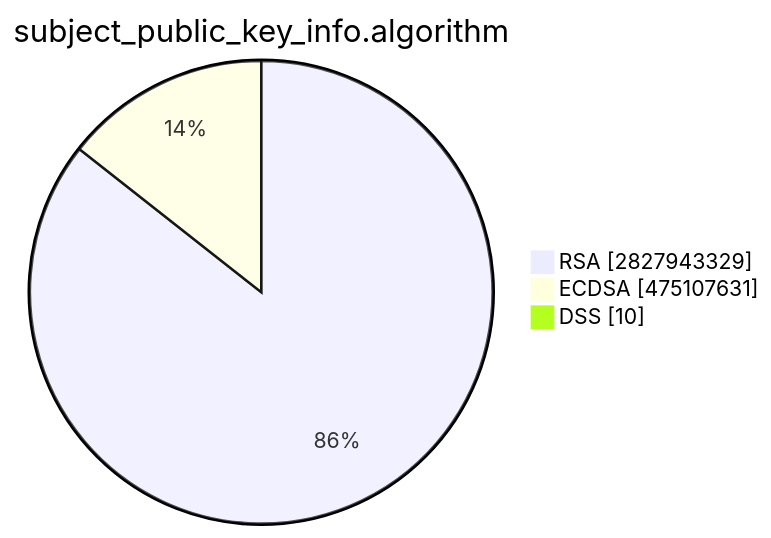
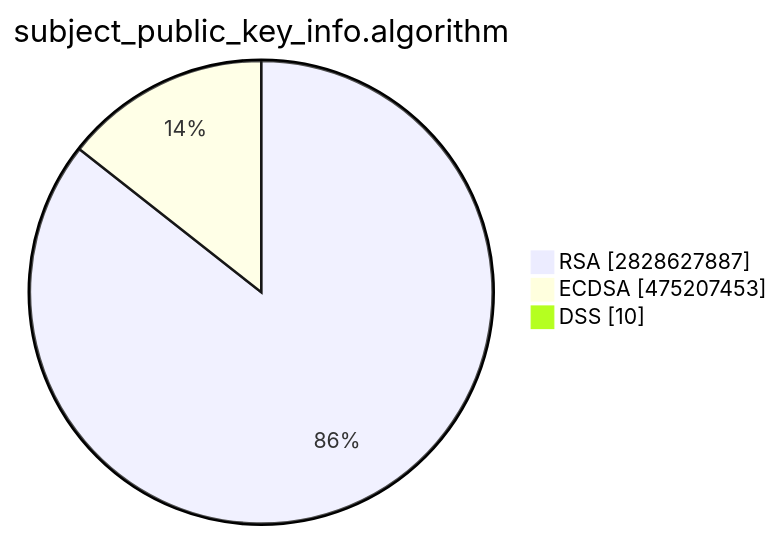
The second of 15 diagrams in TOTAL/README.md (christiankrug/ctmonitor_visualization), drawn with Mermaid before and after one commit. The commit also changed other lines of this file, not shown here.

````diff
--- a/TOTAL/README.md
+++ b/TOTAL/README.md
@@ -6,7 +6,7 @@
 ```mermaid
 pie showData
 title subject_public_key_info.algorithm
-"RSA" :2827943329
-"ECDSA" :475107631
+"RSA" :2828627887
+"ECDSA" :475207453
 "DSS" :10
 ```
````
